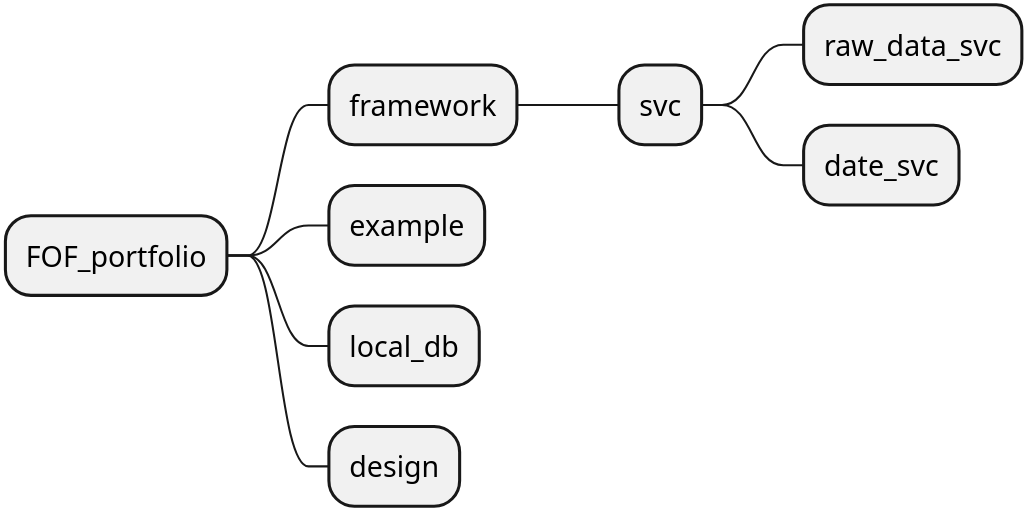
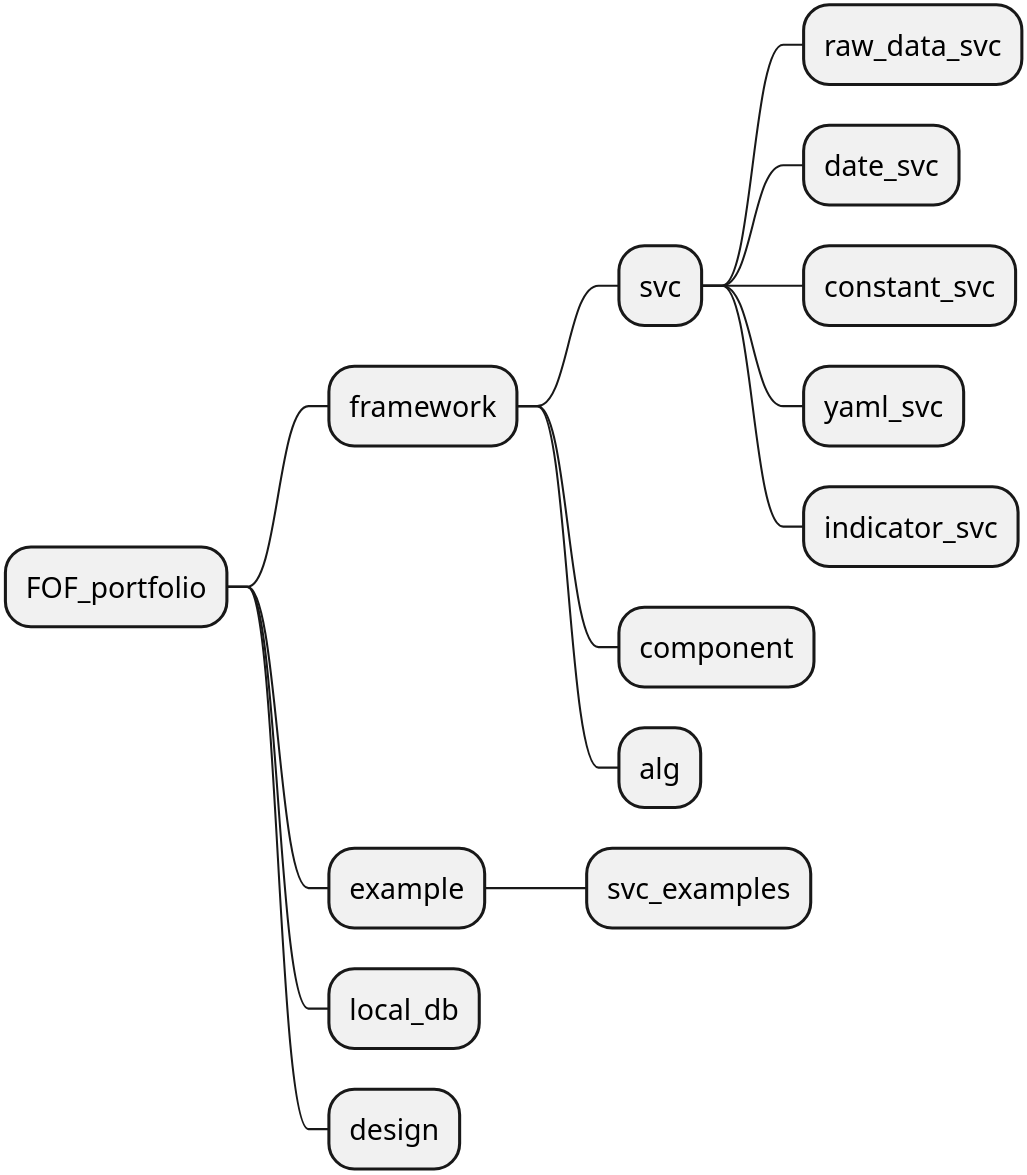
One commit to yuansicheng/FOF_portfolio_toolbox changed the diagram in design/pkgs.wsd. Above: the diagram before and after it, drawn with PlantUML. The commit also changed 1 other file, not shown here.

Commit message:
update mindmap

```diff
--- a/design/pkgs.wsd
+++ b/design/pkgs.wsd
@@ -1,13 +1,19 @@
 @startmindmap
 scale 8192*8192
 
 * FOF_portfolio
     ** framework
         *** svc
             **** raw_data_svc
             **** date_svc
+            **** constant_svc
+            **** yaml_svc
+            **** indicator_svc
+        *** component
+        *** alg
     ** example
+        *** svc_examples
     ** local_db
     ** design
 
 @endmindmap
```
